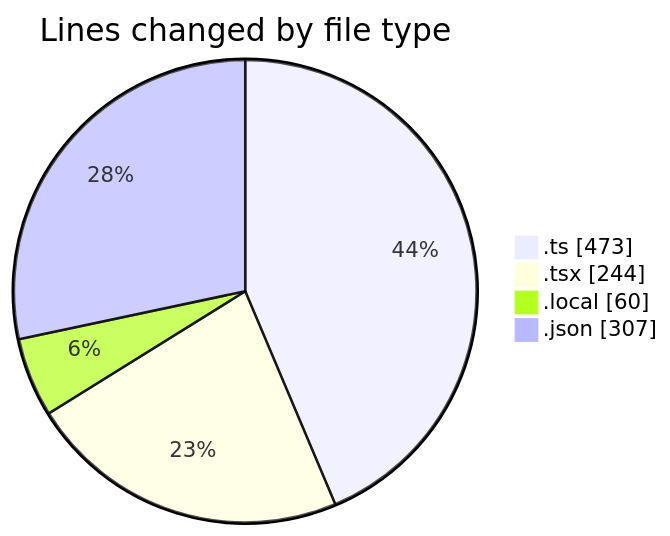
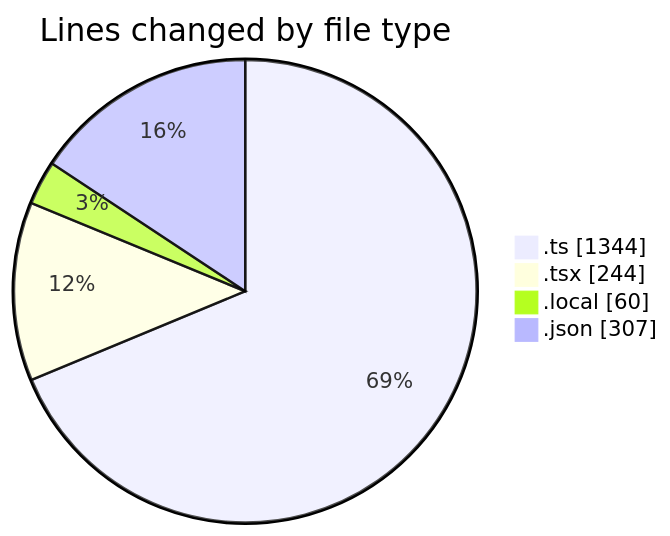
The first of 2 diagrams in 2025-11-26/eventscop-frontend-guide__workspace_/README.md (julien-gomy/code-tracking), drawn with Mermaid before and after one commit. The commit also changed other lines of this file and 1 other file, not shown here.

````diff
--- a/2025-11-26/eventscop-frontend-guide__workspace_/README.md
+++ b/2025-11-26/eventscop-frontend-guide__workspace_/README.md
@@ -26,8 +27,8 @@
 ```mermaid
 pie showData
 title Lines changed by file type
-".ts" : 473
+".ts" : 1344
 ".tsx" : 244
 ".local" : 60
 ".json" : 307
 ```
````
